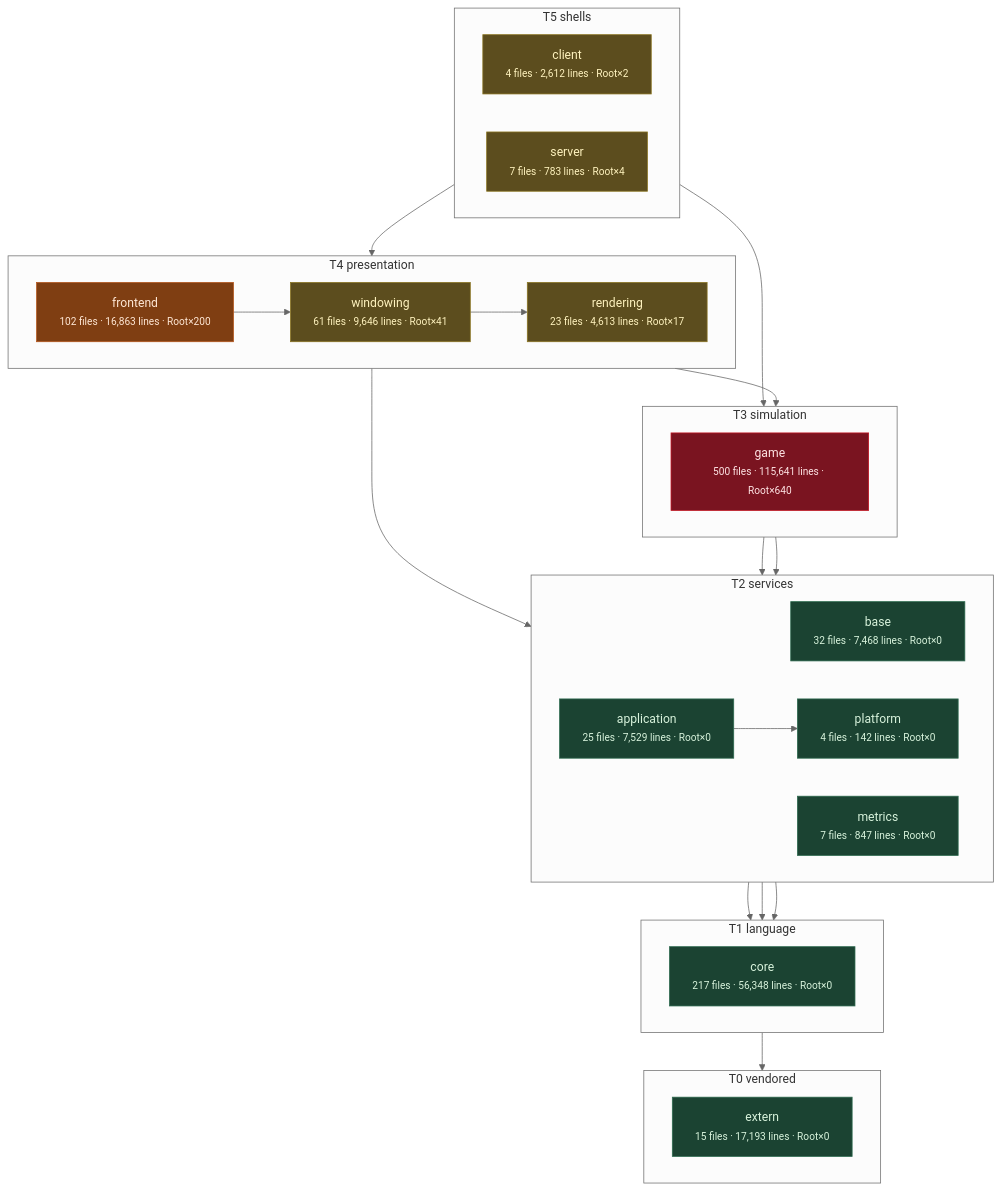
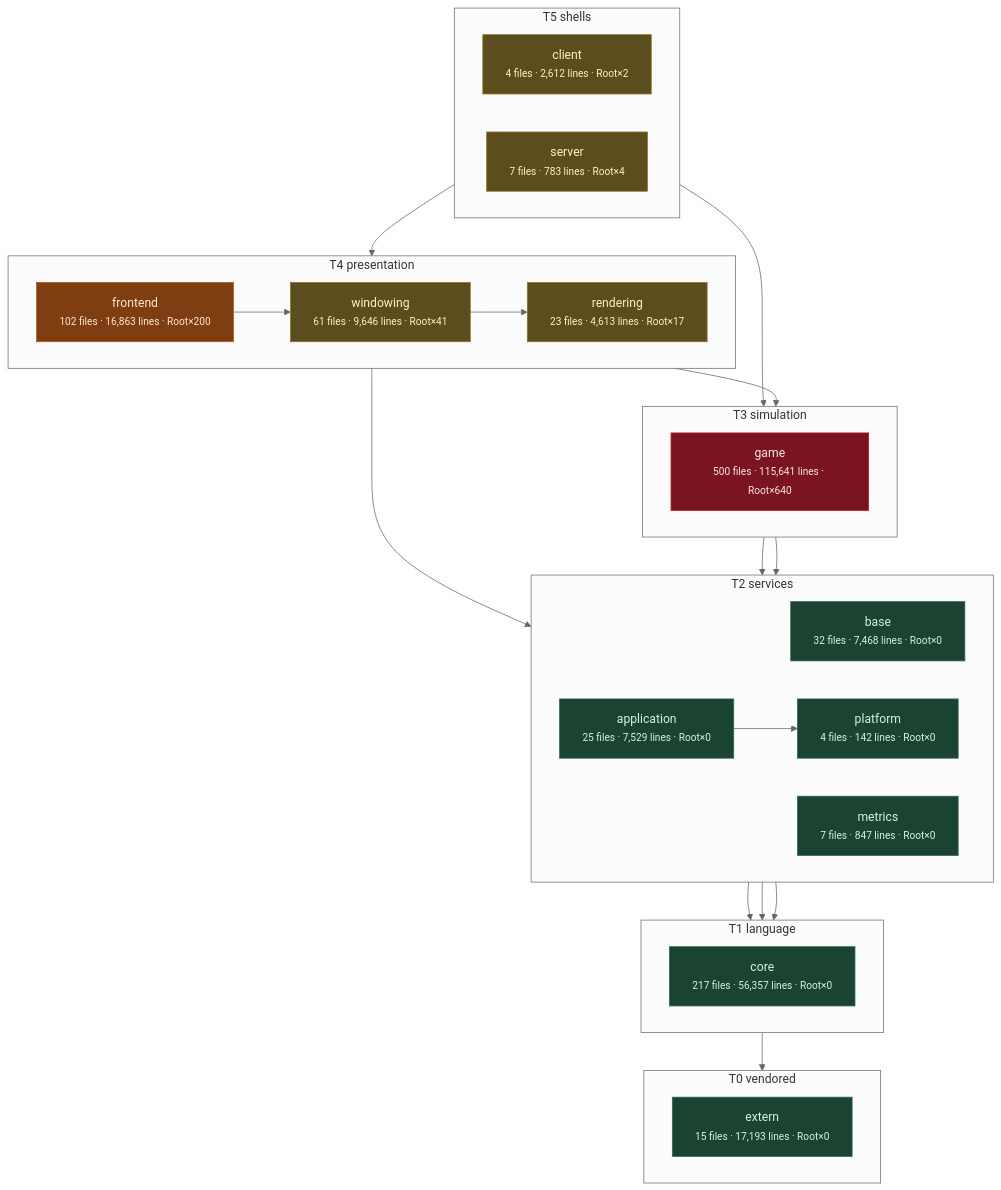
The third of 11 diagrams in docs/architecture/system-boundaries.md (apnex/OpenStarbound), drawn with Mermaid (neutral theme) before and after one commit. The commit also changed other lines of this file and 4 other files, not shown here.

````diff
--- a/docs/architecture/system-boundaries.md
+++ b/docs/architecture/system-boundaries.md
@@ -271,54 +271,54 @@
 ```mermaid
 flowchart TD
   subgraph T0["T0 vendored"]
     direction LR
     extern["extern<br/><small>15 files · 17,193 lines · Root×0</small>"]
   end
   subgraph T1["T1 language"]
     direction LR
-    core["core<br/><small>217 files · 56,348 lines · Root×0</small>"]
+    core["core<br/><small>217 files · 56,357 lines · Root×0</small>"]
   end
   subgraph T2["T2 services"]
     direction LR
     base["base<br/><small>32 files · 7,468 lines · Root×0</small>"]
     metrics["metrics<br/><small>7 files · 847 lines · Root×0</small>"]
     platform["platform<br/><small>4 files · 142 lines · Root×0</small>"]
     application["application<br/><small>25 files · 7,529 lines · Root×0</small>"]
   end
   subgraph T3["T3 simulation"]
     direction LR
     game["game<br/><small>500 files · 115,641 lines · Root×640</small>"]
   end
   subgraph T4["T4 presentation"]
     direction LR
     rendering["rendering<br/><small>23 files · 4,613 lines · Root×17</small>"]
     windowing["windowing<br/><small>61 files · 9,646 lines · Root×41</small>"]
     frontend["frontend<br/><small>102 files · 16,863 lines · Root×200</small>"]
   end
   subgraph T5["T5 shells"]
     direction LR
     client["client<br/><small>4 files · 2,612 lines · Root×2</small>"]
     server["server<br/><small>7 files · 783 lines · Root×4</small>"]
   end
   core --> extern
   base --> core
   metrics --> core
   platform --> core
   application --> platform
   game --> base
   game --> platform
   rendering --> application
   rendering --> game
   windowing --> rendering
   frontend --> windowing
   client --> frontend
   server --> game
   classDef clean fill:#1b4332,stroke:#2d6a4f,color:#d8f3dc
   classDef warm  fill:#5c4d1e,stroke:#8a7420,color:#fff3bf
   classDef hot   fill:#7f3e12,stroke:#b5561b,color:#ffe8d6
   classDef blaze fill:#7a1420,stroke:#c1121f,color:#ffe5e5
   class extern,core,base,metrics,platform,application clean
   class rendering,windowing,client,server warm
   class frontend hot
   class game blaze
 ```
````
